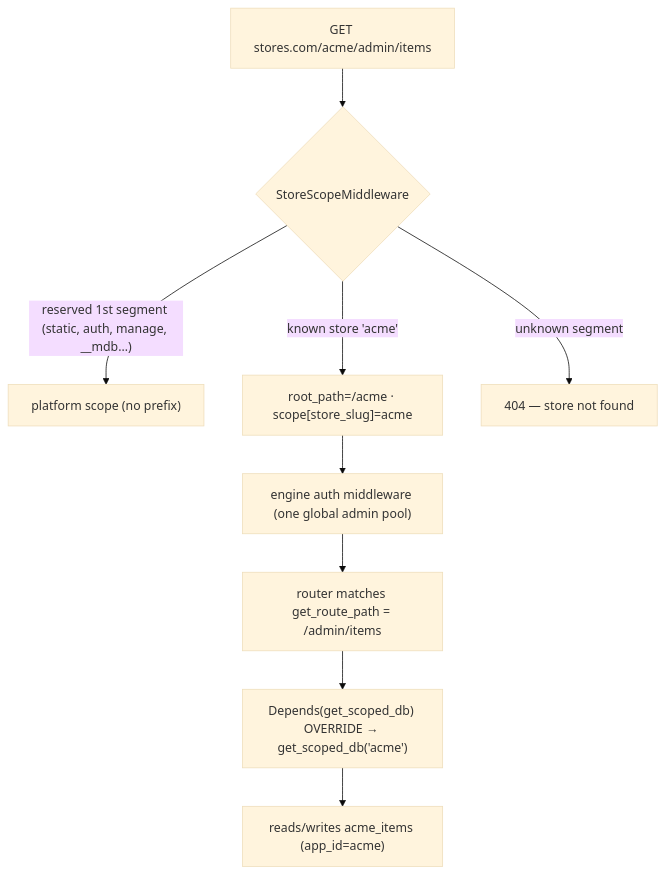
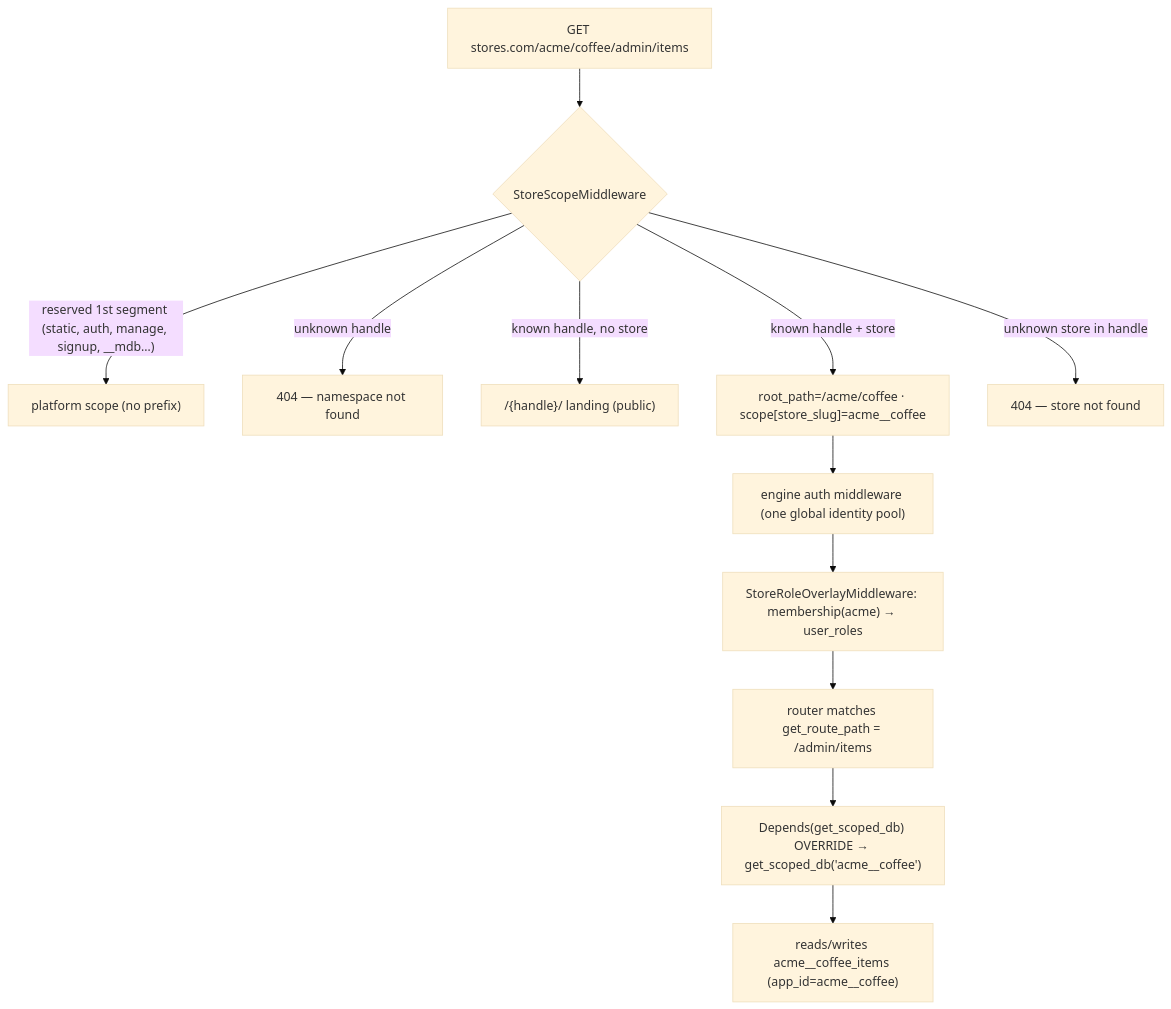
One commit to ranfysvalle02/business-ai changed the diagram in ai-stores/SCALE.md. Above: the diagram before and after it, drawn with Mermaid (base theme). The commit also changed other lines of this file and 21 other files, not shown here.

````diff
--- a/ai-stores/SCALE.md
+++ b/ai-stores/SCALE.md
@@ -45,11 +53,14 @@
 ```mermaid
 flowchart TD
-  req["GET stores.com/acme/admin/items"] --> mw{StoreScopeMiddleware}
-  mw -->|"reserved 1st segment (static, auth, manage, __mdb…)"| plat["platform scope (no prefix)"]
-  mw -->|"known store 'acme'"| scoped["root_path=/acme · scope[store_slug]=acme"]
-  mw -->|"unknown segment"| nf["404 — store not found"]
-  scoped --> auth["engine auth middleware (one global admin pool)"]
-  auth --> route["router matches get_route_path = /admin/items"]
-  route --> dep["Depends(get_scoped_db) OVERRIDE → get_scoped_db('acme')"]
-  dep --> data["reads/writes acme_items (app_id=acme)"]
+  req["GET stores.com/acme/coffee/admin/items"] --> mw{StoreScopeMiddleware}
+  mw -->|"reserved 1st segment (static, auth, manage, signup, __mdb…)"| plat["platform scope (no prefix)"]
+  mw -->|"unknown handle"| nf1["404 — namespace not found"]
+  mw -->|"known handle, no store"| land["/{handle}/ landing (public)"]
+  mw -->|"known handle + store"| scoped["root_path=/acme/coffee · scope[store_slug]=acme__coffee"]
+  mw -->|"unknown store in handle"| nf2["404 — store not found"]
+  scoped --> auth["engine auth middleware (one global identity pool)"]
+  auth --> overlay["StoreRoleOverlayMiddleware: membership(acme) → user_roles"]
+  overlay --> route["router matches get_route_path = /admin/items"]
+  route --> dep["Depends(get_scoped_db) OVERRIDE → get_scoped_db('acme__coffee')"]
+  dep --> data["reads/writes acme__coffee_items (app_id=acme__coffee)"]
 ```
````
